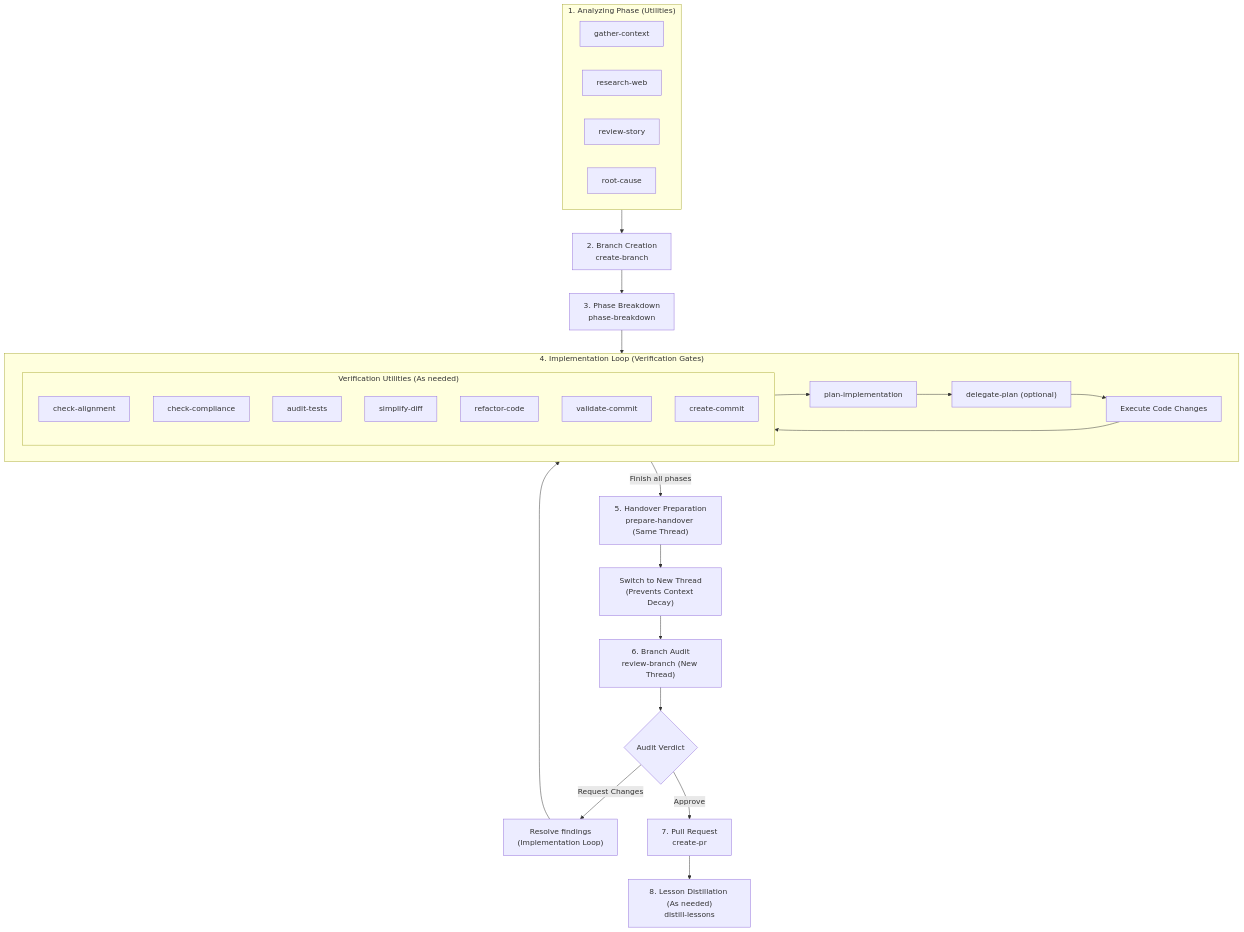
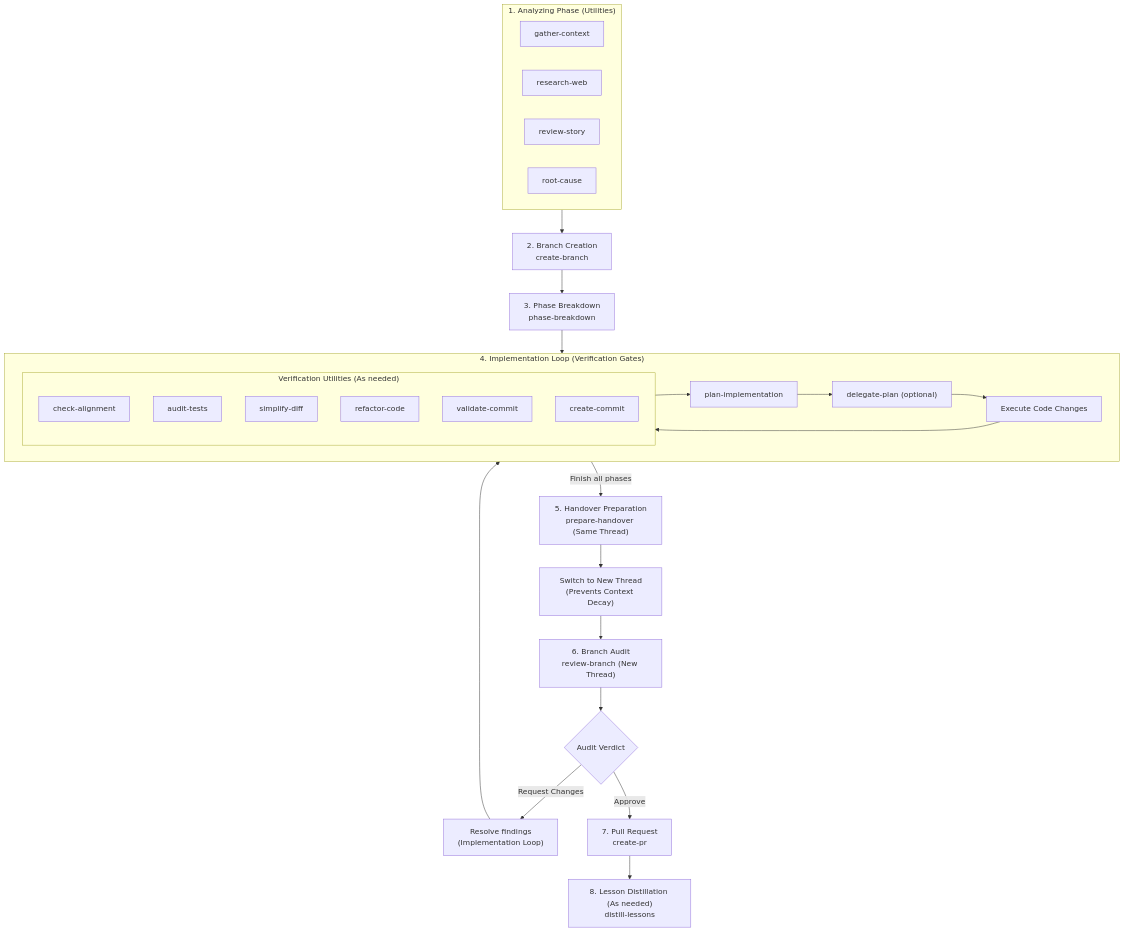
One commit to jrobertogarcia/agent-workflows changed the diagram in LIFECYCLE.md. Above: the diagram before and after it, drawn with Mermaid. The commit also changed other lines of this file and 4 other files, not shown here.

Commit message:
refactor(skills): merge check-compliance into a read-only check-alignment

````diff
--- a/LIFECYCLE.md
+++ b/LIFECYCLE.md
@@ -13,62 +13,61 @@
 ```mermaid
 graph TD
     %% Analyzing Phase
     subgraph Analyzing ["1. Analyzing Phase (Utilities)"]
         GC["gather-context"]
         RW["research-web"]
         RS["review-story"]
         RC["root-cause"]
     end
 
     %% Branch & Plan Phase
     CB["2. Branch Creation<br>create-branch"]
     PB["3. Phase Breakdown<br>phase-breakdown"]
     
     subgraph Loop ["4. Implementation Loop (Verification Gates)"]
         PI["plan-implementation"]
         DP["delegate-plan (optional)"]
         Code["Execute Code Changes"]
         
         %% Loop Utilities
         subgraph Utilities ["Verification Utilities (As needed)"]
             CA["check-alignment"]
-            CC["check-compliance"]
             AT["audit-tests"]
             SD["simplify-diff"]
             RF["refactor-code"]
             VC["validate-commit"]
             CM["create-commit"]
         end
         
         PI --> DP
         DP --> Code
         Code --> Utilities
         Utilities --> PI
     end
 
     %% Handover & Review Phase
     PH["5. Handover Preparation<br>prepare-handover (Same Thread)"]
     Switch["Switch to New Thread<br>(Prevents Context Decay)"]
     RB["6. Branch Audit<br>review-branch (New Thread)"]
     
     %% Branch Review Outcome
     Decide{"Audit Verdict"}
     Fix["Resolve findings<br>(Implementation Loop)"]
     
     %% PR Release Phase
     CPR["7. Pull Request<br>create-pr"]
     DL["8. Lesson Distillation (As needed)<br>distill-lessons"]
 
     %% Flow connections
     Analyzing --> CB
     CB --> PB
     PB --> Loop
     Loop -->|Finish all phases| PH
     PH --> Switch
     Switch --> RB
     RB --> Decide
     Decide -->|Request Changes| Fix
     Decide -->|Approve| CPR
     Fix --> Loop
     CPR --> DL
 ```
````
